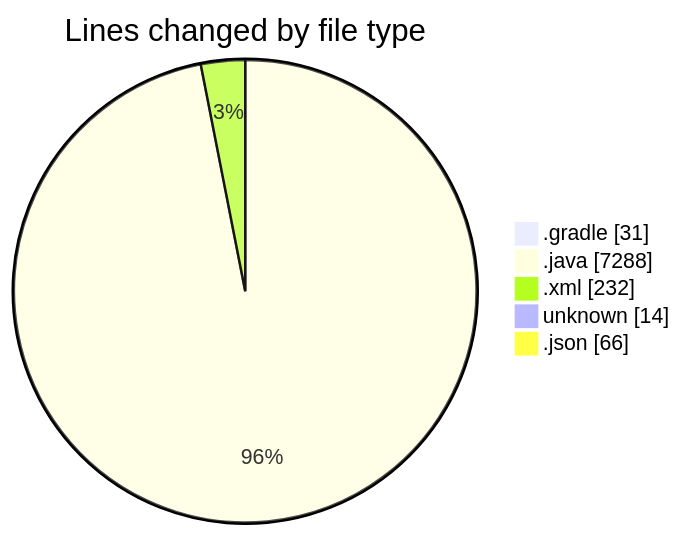
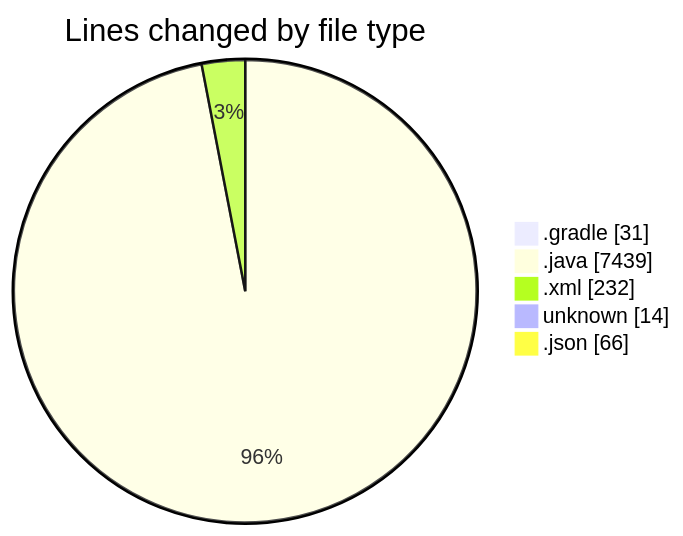
Before and after one commit to charlie-sans/code-tracking: the first of 2 diagrams in 2025-02-21/micros/README.md, drawn with Mermaid. The commit also changed other lines of this file and 1 other file, not shown here.

````diff
--- a/2025-02-21/micros/README.md
+++ b/2025-02-21/micros/README.md
@@ -57,9 +58,9 @@
 ```mermaid
 pie showData
 title Lines changed by file type
 ".gradle" : 31
-".java" : 7288
+".java" : 7439
 ".xml" : 232
 "unknown" : 14
 ".json" : 66
 ```
````
